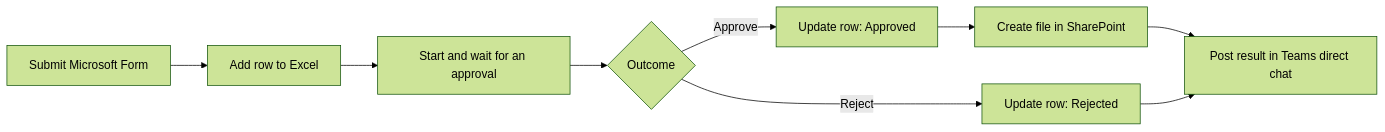
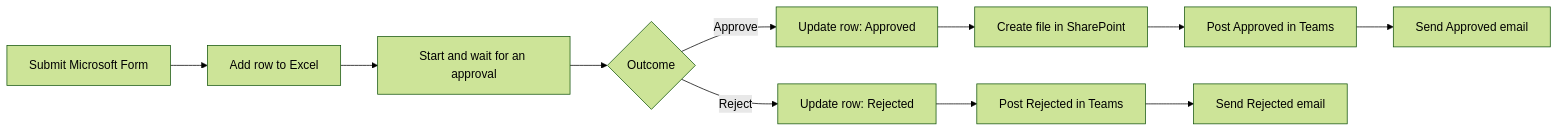
Before and after one commit to teerasej/cpall-gosoft-power-automate-2026: the diagram in docs/index.md, drawn with Mermaid (forest theme). The commit also changed 4 other files, not shown here.

````diff
--- a/docs/index.md
+++ b/docs/index.md
@@ -95,11 +95,13 @@
 ```mermaid
 flowchart LR
     A["Submit Microsoft Form"] --> B["Add row to Excel"]
     B --> C["Start and wait for an approval"]
     C --> D{"Outcome"}
     D -->|Approve| E["Update row: Approved"]
     D -->|Reject| F["Update row: Rejected"]
     E --> G["Create file in SharePoint"]
-    G --> H["Post result in Teams direct chat"]
-    F --> H
+    G --> H["Post Approved in Teams"]
+    F --> I["Post Rejected in Teams"]
+    H --> J["Send Approved email"]
+    I --> K["Send Rejected email"]
 ```
````
